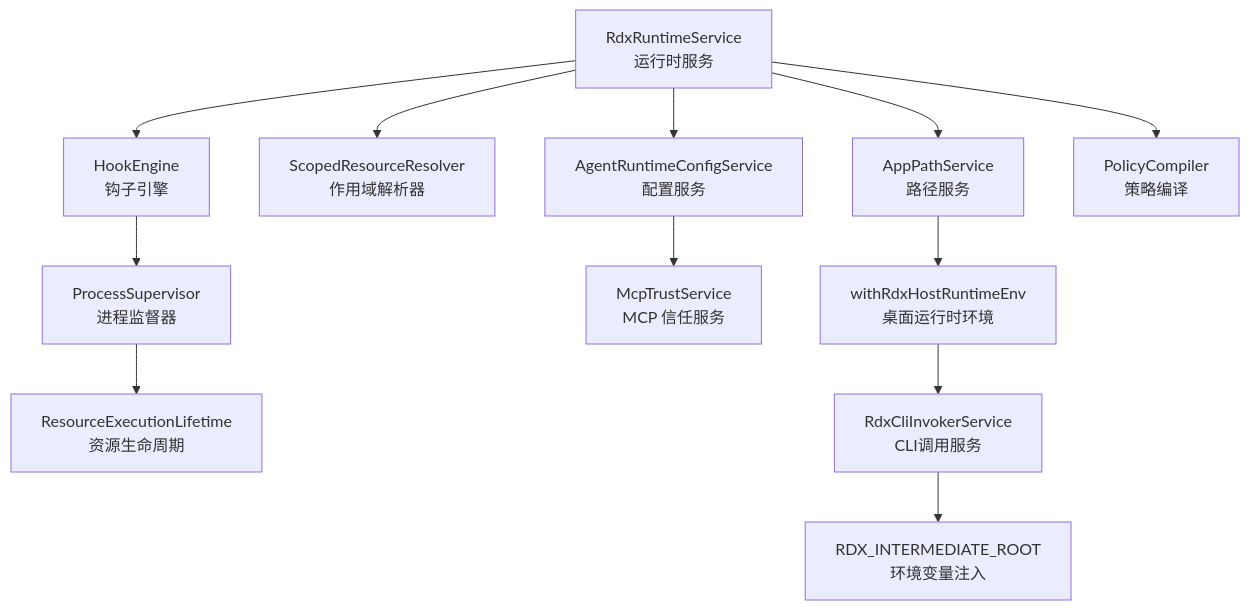
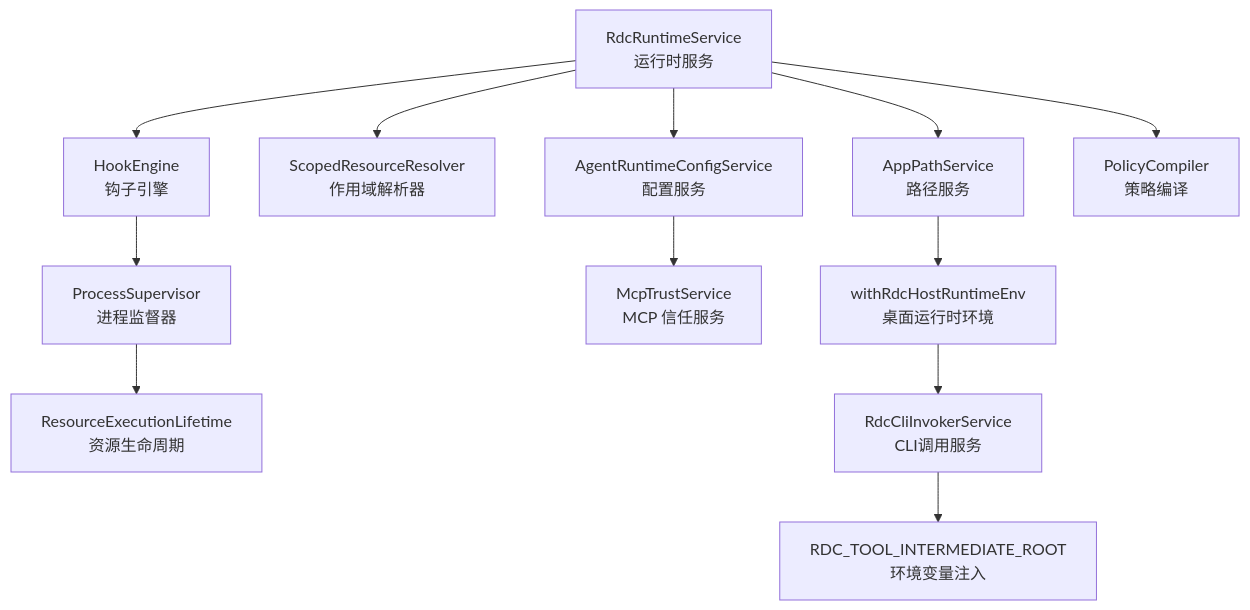
One commit to haolange/RDC-Agent changed the first of 9 diagrams in .qoder/repowiki/zh/content/用户界面/设置面板/运行时设置.md. Above: the diagram before and after it, drawn with Mermaid. The commit also changed other lines of this file and 557 other files, not shown here.

First line of the commit message:
Unify RDC-Agent identity and canonical RDC-Tool integration

````diff
--- a/.qoder/repowiki/zh/content/用户界面/设置面板/运行时设置.md
+++ b/.qoder/repowiki/zh/content/用户界面/设置面板/运行时设置.md
@@ -61,14 +61,14 @@
 ```mermaid
 graph TB
-A["RdxRuntimeService<br/>运行时服务"] --> B["AppPathService<br/>路径服务"]
+A["RdcRuntimeService<br/>运行时服务"] --> B["AppPathService<br/>路径服务"]
 A --> C["ScopedResourceResolver<br/>作用域解析器"]
 A --> D["HookEngine<br/>钩子引擎"]
 A --> E["AgentRuntimeConfigService<br/>配置服务"]
 D --> F["ProcessSupervisor<br/>进程监督器"]
 E --> G["McpTrustService<br/>MCP 信任服务"]
 A --> H["PolicyCompiler<br/>策略编译"]
 F --> I["ResourceExecutionLifetime<br/>资源生命周期"]
-J["withRdxHostRuntimeEnv<br/>桌面运行时环境"] --> K["RdxCliInvokerService<br/>CLI调用服务"]
+J["withRdcHostRuntimeEnv<br/>桌面运行时环境"] --> K["RdcCliInvokerService<br/>CLI调用服务"]
 B --> J
-K --> L["RDX_INTERMEDIATE_ROOT<br/>环境变量注入"]
+K --> L["RDC_TOOL_INTERMEDIATE_ROOT<br/>环境变量注入"]
 ```
````
